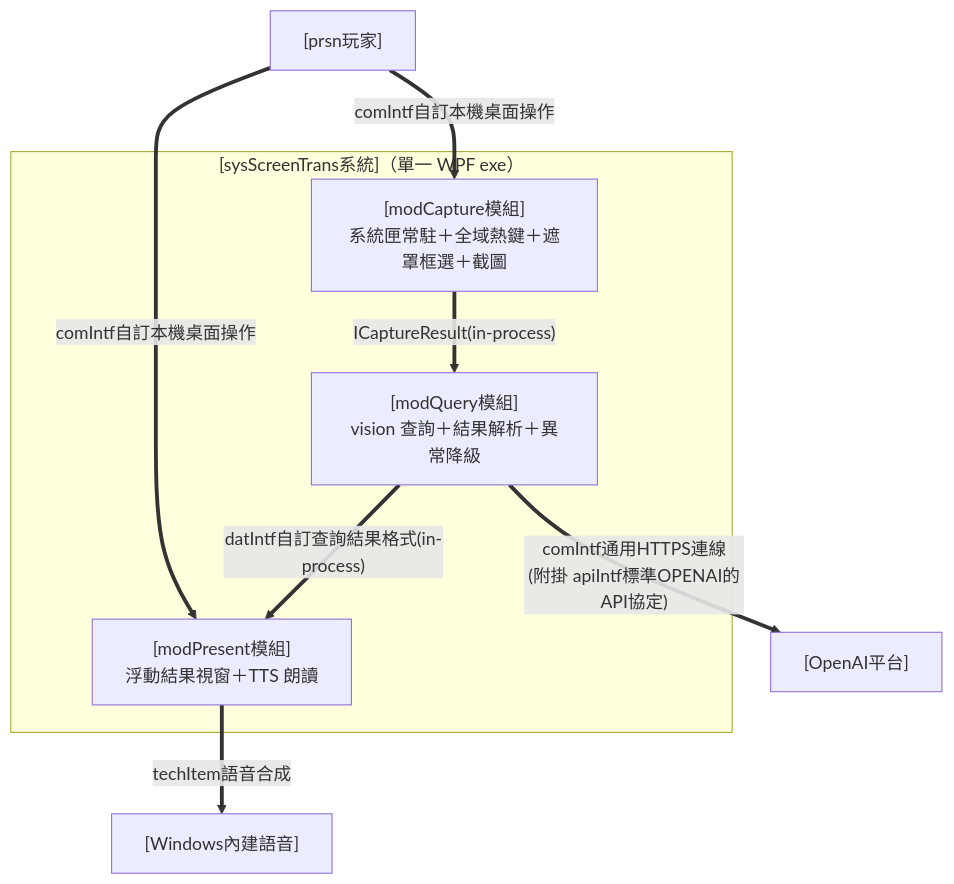
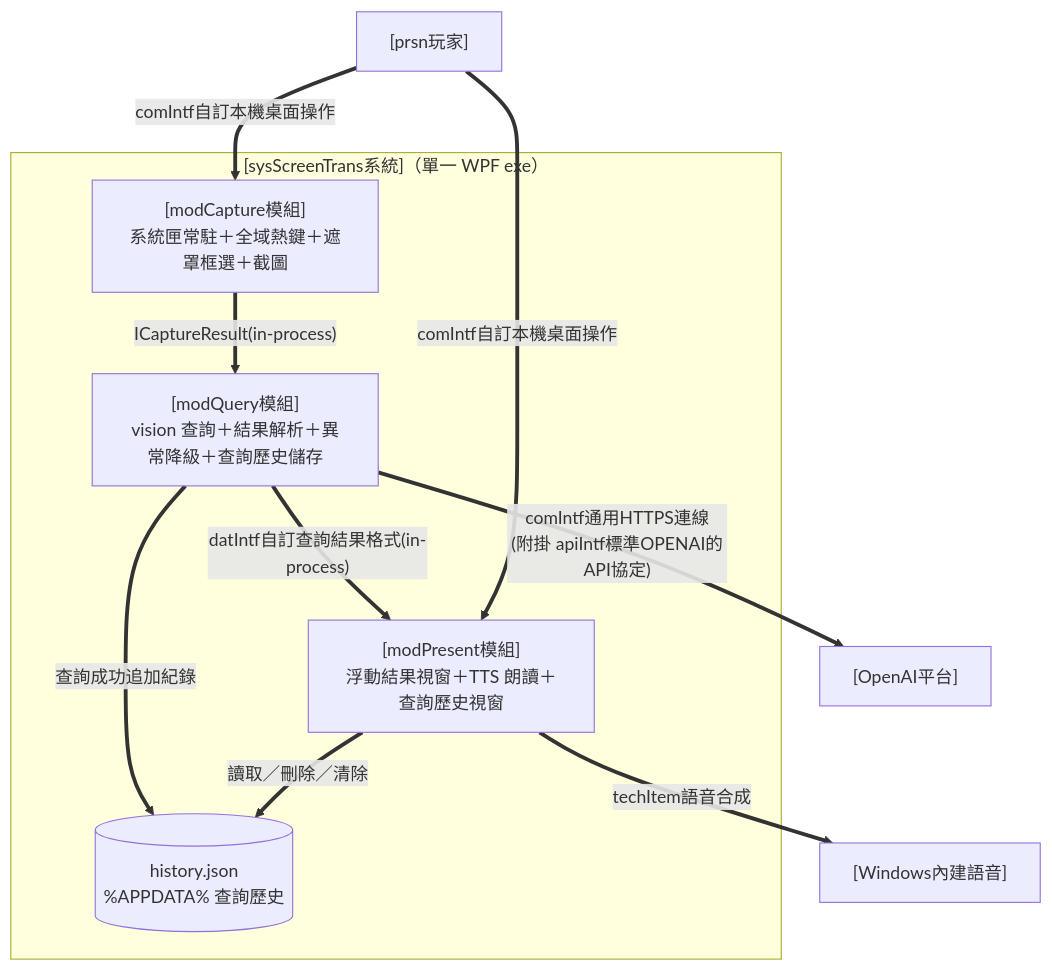
The fifth of 6 diagrams in docs/design.md (twStellerWhale-Ocean2/solLingoIsland), drawn with Mermaid before and after one commit. The commit also changed other lines of this file and 2 other files, not shown here.

````diff
--- a/docs/design.md
+++ b/docs/design.md
@@ -360,21 +367,24 @@
 ```mermaid
 flowchart TB
 
 PRSN["[prsn玩家]"]
 
 subgraph SYS["[sysScreenTrans系統]（單一 WPF exe）"]
   CAP["[modCapture模組]<br/>系統匣常駐＋全域熱鍵＋遮罩框選＋截圖"]
-  QRY["[modQuery模組]<br/>vision 查詢＋結果解析＋異常降級"]
-  PRE["[modPresent模組]<br/>浮動結果視窗＋TTS 朗讀"]
+  QRY["[modQuery模組]<br/>vision 查詢＋結果解析＋異常降級＋查詢歷史儲存"]
+  PRE["[modPresent模組]<br/>浮動結果視窗＋TTS 朗讀＋查詢歷史視窗"]
+  HIST[("history.json<br/>%APPDATA% 查詢歷史")]
   CAP ==>|"ICaptureResult(in-process)"| QRY
   QRY ==>|"datIntf自訂查詢結果格式(in-process)"| PRE
+  QRY ==>|"查詢成功追加紀錄"| HIST
+  PRE ==>|"讀取／刪除／清除"| HIST
 end
 
 OPENAI["[OpenAI平台]"]
 SPEECH["[Windows內建語音]"]
 
 PRSN ==>|"comIntf自訂本機桌面操作"| CAP
 PRSN ==>|"comIntf自訂本機桌面操作"| PRE
 QRY ==>|"comIntf通用HTTPS連線<br/>(附掛 apiIntf標準OPENAI的API協定)"| OPENAI
 PRE ==>|"techItem語音合成"| SPEECH
 ```
````
